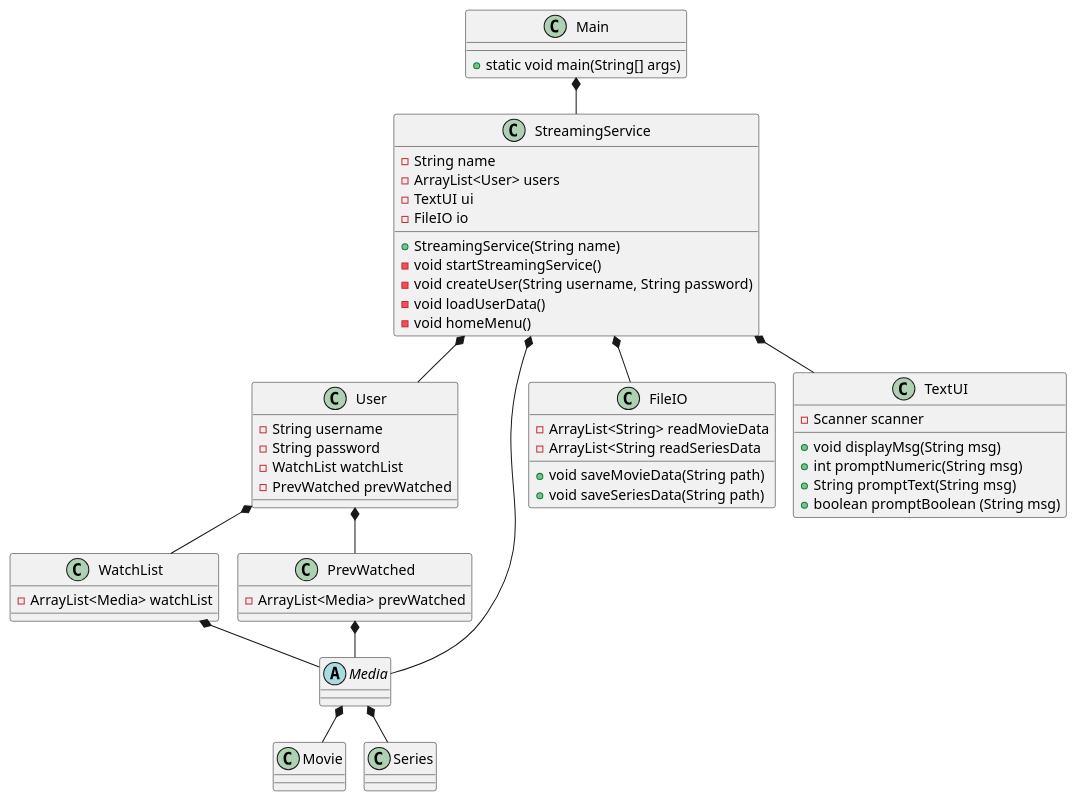
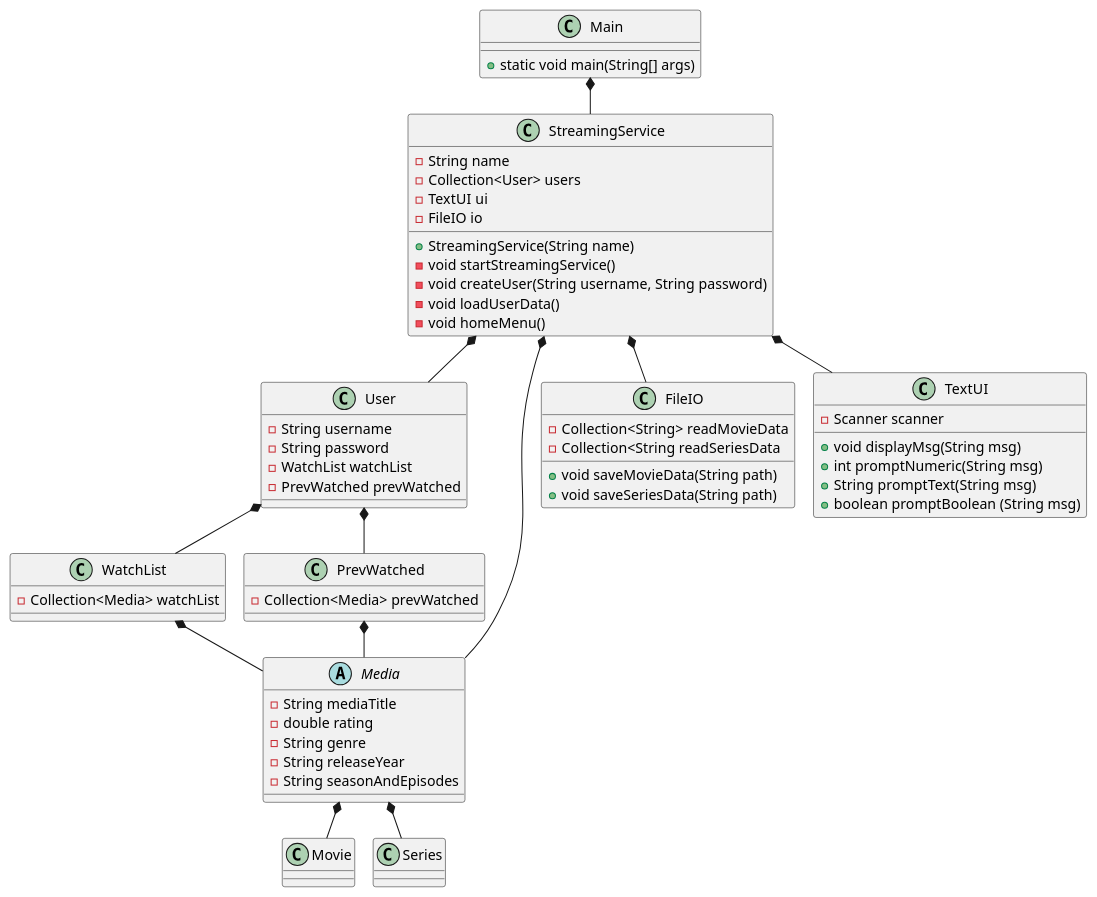
The diagram in doc/classdiagram/classdiagram_v1.puml (EmilDagsberg/SP3), drawn with PlantUML before and after one commit.

Commit message:
classdiagram

```diff
--- a/doc/classdiagram/classdiagram_v1.puml
+++ b/doc/classdiagram/classdiagram_v1.puml
@@ -1,75 +1,79 @@
 @startuml
 !pragma layout smetana
 
+
+!pragma layout smetana
 
 class Main {
 + static void main(String[] args)
 }
 
 class StreamingService{
 - String name
-- ArrayList<User> users
+- Collection<User> users
 - TextUI ui
 - FileIO io
 + StreamingService(String name)
 - void startStreamingService()
 - void createUser(String username, String password)
 - void loadUserData()
 - void homeMenu()
 }
 
 class User {
 - String username
 - String password
 - WatchList watchList
 - PrevWatched prevWatched
 
 }
 
 class WatchList{
-- ArrayList<Media> watchList
+- Collection<Media> watchList
 }
 
 class PrevWatched{
-- ArrayList<Media> prevWatched
+- Collection<Media> prevWatched
 }
 
 abstract class Media{
-
+- String mediaTitle
+- double rating
+- String genre
+- String releaseYear
+- String seasonAndEpisodes
 }
 
 class Movie{
-
 }
 
 class Series{
-
 }
 
 class FileIO {
-- ArrayList<String> readMovieData
-- ArrayList<String readSeriesData
+- Collection<String> readMovieData
+- Collection<String readSeriesData
 + void saveMovieData(String path)
 + void saveSeriesData(String path)
 }
 
 class TextUI {
 - Scanner scanner
 + void displayMsg(String msg)
 + int promptNumeric(String msg)
 + String promptText(String msg)
 + boolean promptBoolean (String msg)
 }
 
 Main *-- StreamingService
 StreamingService *-- User
 StreamingService *-- FileIO
 StreamingService *-- TextUI
 User *-- WatchList
 User *-- PrevWatched
 Media *-- Movie
 Media *-- Series
 StreamingService *-- Media
 WatchList *-- Media
 PrevWatched *-- Media
 @enduml
```
